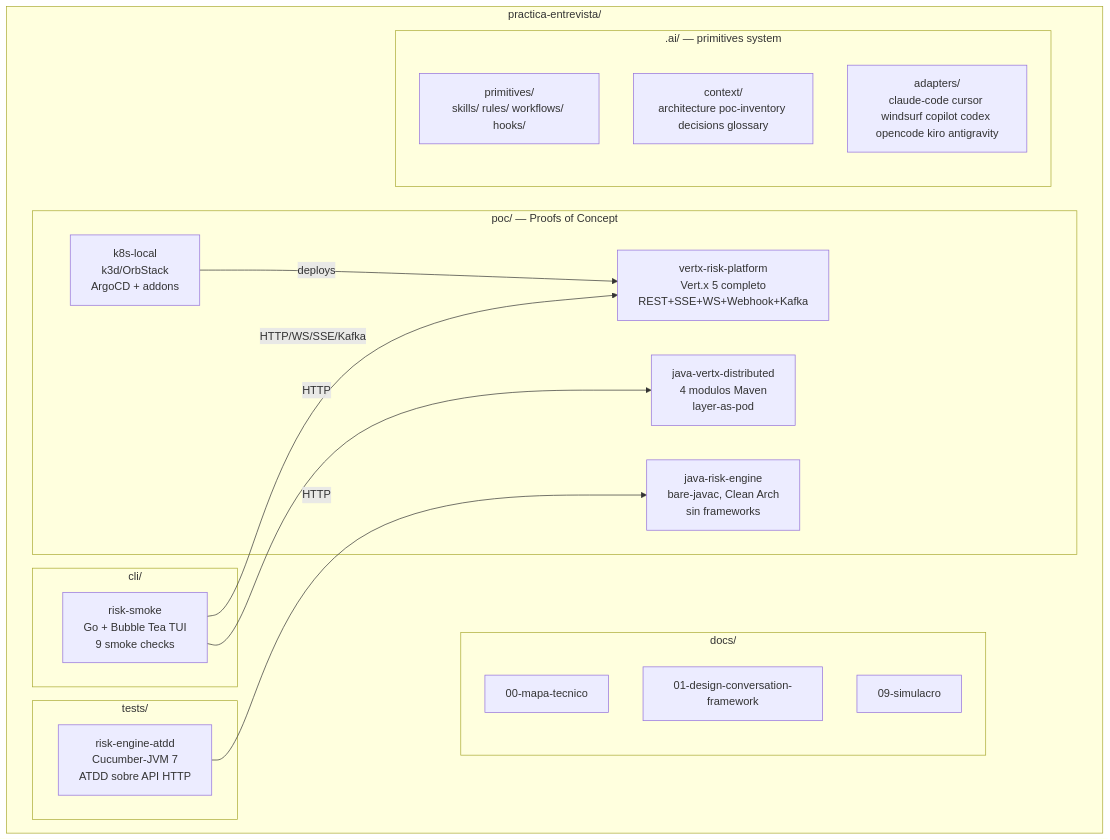
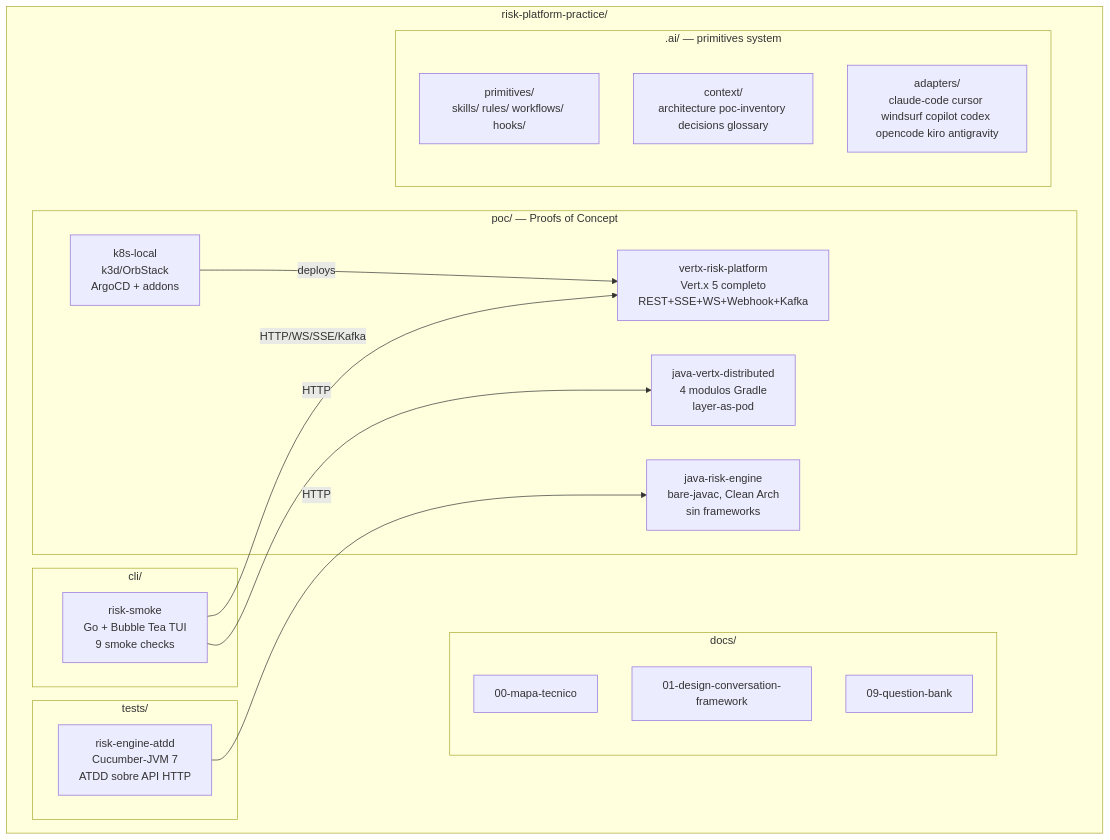
One commit to MatiasNAmendola/real-time-risk-lab changed the diagram in .ai/context/architecture.md. Above: the diagram before and after it, drawn with Mermaid. The commit also changed other lines of this file and 928 other files, not shown here.

Commit message:
chore: prepare risk platform repo for sharing

````diff
--- a/.ai/context/architecture.md
+++ b/.ai/context/architecture.md
@@ -5,36 +5,36 @@
 ```mermaid
 graph TB
-    subgraph repo["practica-entrevista/"]
+    subgraph repo["risk-platform-practice/"]
         subgraph poc["poc/ — Proofs of Concept"]
             jre["java-risk-engine<br/>bare-javac, Clean Arch<br/>sin frameworks"]
-            jvd["java-vertx-distributed<br/>4 modulos Maven<br/>layer-as-pod"]
+            jvd["java-vertx-distributed<br/>4 modulos Gradle<br/>layer-as-pod"]
             vrp["vertx-risk-platform<br/>Vert.x 5 completo<br/>REST+SSE+WS+Webhook+Kafka"]
             k8s["k8s-local<br/>k3d/OrbStack<br/>ArgoCD + addons"]
         end
 
         subgraph tests["tests/"]
             atdd["risk-engine-atdd<br/>Cucumber-JVM 7<br/>ATDD sobre API HTTP"]
         end
 
         subgraph cli["cli/"]
             smoke["risk-smoke<br/>Go + Bubble Tea TUI<br/>9 smoke checks"]
         end
 
         subgraph docs["docs/"]
             d0["00-mapa-tecnico"]
             d1["01-design-conversation-framework"]
-            d9["09-simulacro"]
+            d9["09-question-bank"]
         end
 
         subgraph ai[".ai/ — primitives system"]
             prim["primitives/<br/>skills/ rules/ workflows/ hooks/"]
             ctx["context/<br/>architecture poc-inventory decisions glossary"]
             adp["adapters/<br/>claude-code cursor windsurf copilot codex opencode kiro antigravity"]
         end
     end
 
     smoke -->|HTTP/WS/SSE/Kafka| vrp
     smoke -->|HTTP| jvd
     atdd -->|HTTP| jre
     k8s -->|deploys| vrp
 ```
````
